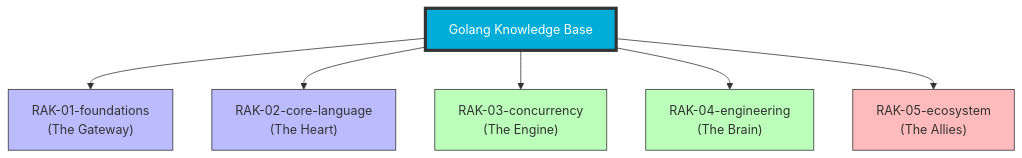
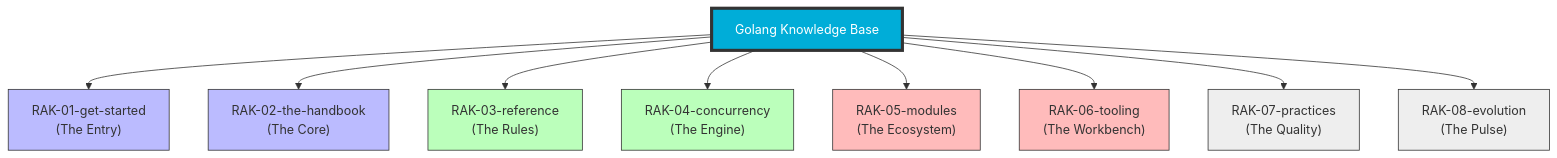
The diagram in README.md (syahputrawork98-sketch/Golang-Knowledge-Base), drawn with Mermaid before and after one commit. The commit also changed other lines of this file and 5 other files, not shown here.

````diff
--- a/README.md
+++ b/README.md
@@ -39,23 +39,32 @@
 ```mermaid
 graph TD
     Root["Golang Knowledge Base"]
     
-    RAK01["RAK-01-foundations<br/>(The Gateway)"]
-    RAK02["RAK-02-core-language<br/>(The Heart)"]
-    RAK03["RAK-03-concurrency<br/>(The Engine)"]
-    RAK04["RAK-04-engineering<br/>(The Brain)"]
-    RAK05["RAK-05-ecosystem<br/>(The Allies)"]
+    RAK01["RAK-01-get-started<br/>(The Entry)"]
+    RAK02["RAK-02-the-handbook<br/>(The Core)"]
+    RAK03["RAK-03-reference<br/>(The Rules)"]
+    RAK04["RAK-04-concurrency<br/>(The Engine)"]
+    RAK05["RAK-05-modules<br/>(The Ecosystem)"]
+    RAK06["RAK-06-tooling<br/>(The Workbench)"]
+    RAK07["RAK-07-practices<br/>(The Quality)"]
+    RAK08["RAK-08-evolution<br/>(The Pulse)"]
     
     Root --> RAK01
     Root --> RAK02
     Root --> RAK03
     Root --> RAK04
     Root --> RAK05
+    Root --> RAK06
+    Root --> RAK07
+    Root --> RAK08
     
     style Root fill:#00ADD8,stroke:#333,stroke-width:4px,color:#fff
     style RAK01 fill:#bbf,stroke:#333
     style RAK02 fill:#bbf,stroke:#333
     style RAK03 fill:#bfb,stroke:#333
     style RAK04 fill:#bfb,stroke:#333
     style RAK05 fill:#fbb,stroke:#333
+    style RAK06 fill:#fbb,stroke:#333
+    style RAK07 fill:#eee,stroke:#333
+    style RAK08 fill:#eee,stroke:#333
 ```
````
